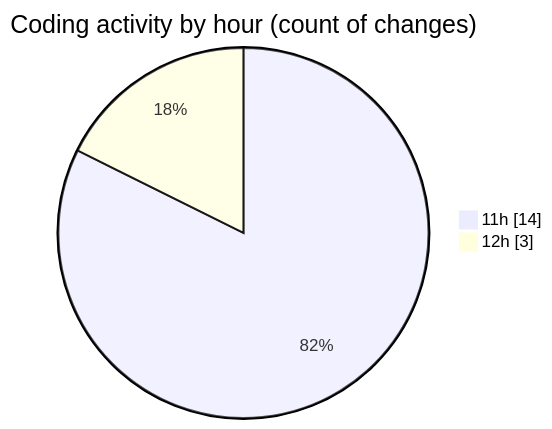
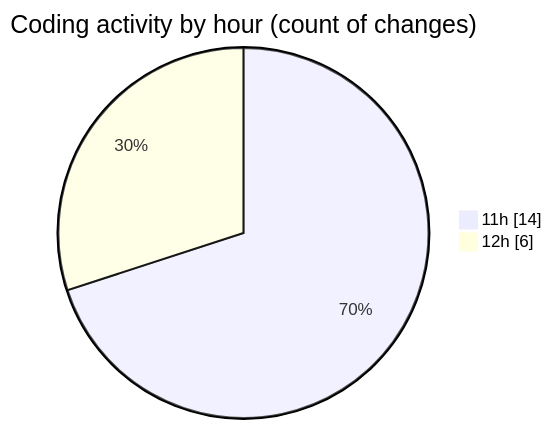
The second of 2 diagrams in 2025-07-09/argos/README.md (nxtqubesakshisongat/code-tracking), drawn with Mermaid before and after one commit. The commit also changed other lines of this file and 1 other file, not shown here.

````diff
--- a/2025-07-09/argos/README.md
+++ b/2025-07-09/argos/README.md
@@ -31,6 +31,6 @@
 ```mermaid
 pie showData
 title Coding activity by hour (count of changes)
 "11h" : 14
-"12h" : 3
+"12h" : 6
 ```
````
